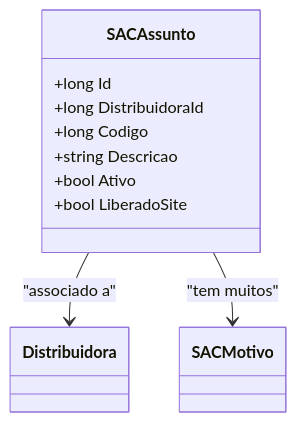
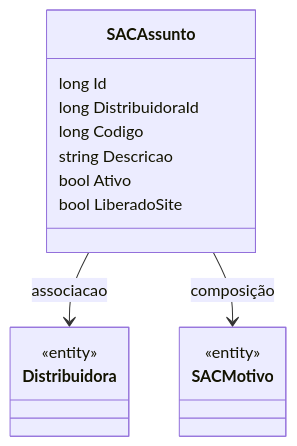
Before and after one commit to IsthmusSistemas/documentacao-tecnica: the diagram in docs/b2b-dominio/IsthmusWinthor.Nucleo/IsthmusWinthor.Dominio/Entidades/SACAssunto.md, drawn with Mermaid. The commit also changed other lines of this file and 882 other files, not shown here.

````diff
--- a/docs/b2b-dominio/IsthmusWinthor.Nucleo/IsthmusWinthor.Dominio/Entidades/SACAssunto.md
+++ b/docs/b2b-dominio/IsthmusWinthor.Nucleo/IsthmusWinthor.Dominio/Entidades/SACAssunto.md
@@ -22,16 +28,22 @@
 ```mermaid
 classDiagram
     class SACAssunto {
-        +long Id
-        +long DistribuidoraId
-        +long Codigo
-        +string Descricao
-        +bool Ativo
-        +bool LiberadoSite
+        long Id
+        long DistribuidoraId
+        long Codigo
+        string Descricao
+        bool Ativo
+        bool LiberadoSite
     }
-    class Distribuidora
-    class SACMotivo
-    
-    SACAssunto --> Distribuidora : "associado a"
-    SACAssunto --> SACMotivo : "tem muitos"
+
+    class Distribuidora {
+        <<entity>>
+    }
+
+    class SACMotivo {
+        <<entity>>
+    }
+
+    SACAssunto --> Distribuidora : associacao
+    SACAssunto --> SACMotivo : composição
 ```
````
